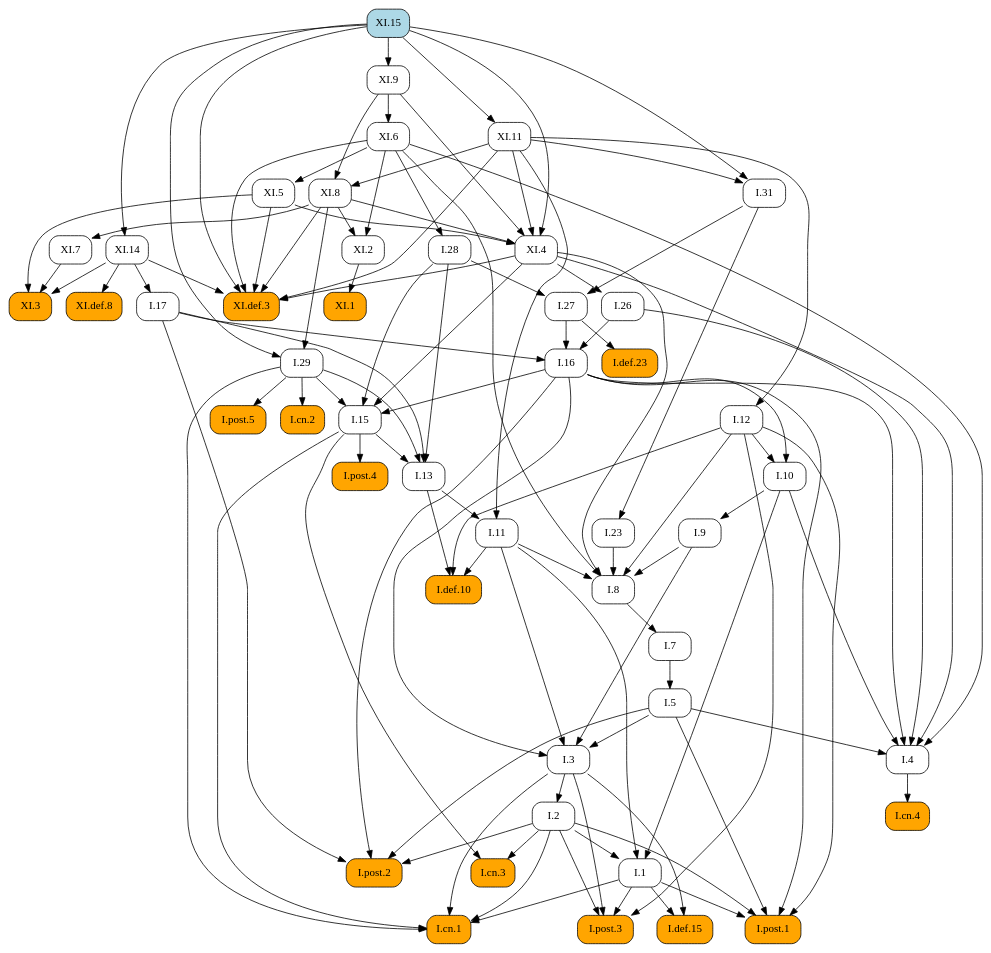
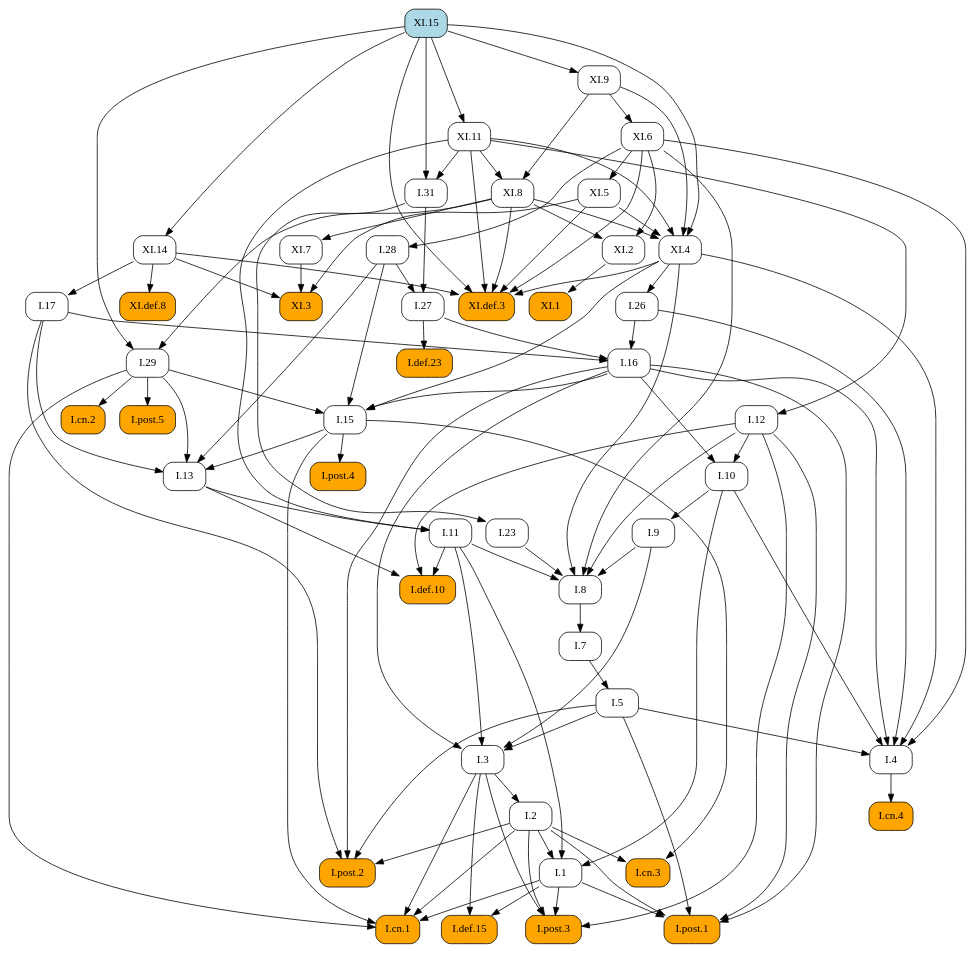
Before and after one commit to geometor/elements: the diagram in docsrc/heath/XI/15/index.rst, drawn with Graphviz. The commit also changed other lines of this file and 484 other files, not shown here.

```diff
--- a/docsrc/heath/XI/15/index.rst
+++ b/docsrc/heath/XI/15/index.rst
@@ -45,53 +45,80 @@
    digraph {
      rankdir="TB";
      node [shape=box, style=rounded];
+     "I.23" [URL="/heath/I/23/", target="_top"];
+     "I.9" [URL="/heath/I/9/", target="_top"];
+     "XI.4" [URL="/heath/XI/4/", target="_top"];
+     "I.def.15" [style="rounded,filled", fillcolor=orange, URL="/heath/I/def.15/", target="_top"];
+     "XI.def.8" [style="rounded,filled", fillcolor=orange, URL="/heath/XI/def.8/", target="_top"];
+     "XI.8" [URL="/heath/XI/8/", target="_top"];
+     "XI.6" [URL="/heath/XI/6/", target="_top"];
+     "I.post.3" [style="rounded,filled", fillcolor=orange, URL="/heath/I/post.3/", target="_top"];
+     "I.post.1" [style="rounded,filled", fillcolor=orange, URL="/heath/I/post.1/", target="_top"];
+     "XI.15" [style="rounded,filled", fillcolor=lightblue, URL="/heath/XI/15/", target="_top"];
+     "XI.3" [style="rounded,filled", fillcolor=orange, URL="/heath/XI/3/", target="_top"];
+     "I.31" [URL="/heath/I/31/", target="_top"];
      "I.def.10" [style="rounded,filled", fillcolor=orange, URL="/heath/I/def.10/", target="_top"];
      "XI.def.3" [style="rounded,filled", fillcolor=orange, URL="/heath/XI/def.3/", target="_top"];
+     "I.27" [URL="/heath/I/27/", target="_top"];
+     "XI.2" [URL="/heath/XI/2/", target="_top"];
+     "XI.7" [URL="/heath/XI/7/", target="_top"];
+     "I.3" [URL="/heath/I/3/", target="_top"];
+     "I.cn.1" [style="rounded,filled", fillcolor=orange, URL="/heath/I/cn.1/", target="_top"];
+     "I.7" [URL="/heath/I/7/", target="_top"];
+     "I.2" [URL="/heath/I/2/", target="_top"];
+     "I.13" [URL="/heath/I/13/", target="_top"];
+     "I.post.4" [style="rounded,filled", fillcolor=orange, URL="/heath/I/post.4/", target="_top"];
+     "I.4" [URL="/heath/I/4/", target="_top"];
+     "I.1" [URL="/heath/I/1/", target="_top"];
+     "I.5" [URL="/heath/I/5/", target="_top"];
+     "XI.14" [URL="/heath/XI/14/", target="_top"];
+     "I.17" [URL="/heath/I/17/", target="_top"];
+     "I.8" [URL="/heath/I/8/", target="_top"];
+     "I.29" [URL="/heath/I/29/", target="_top"];
+     "I.cn.3" [style="rounded,filled", fillcolor=orange, URL="/heath/I/cn.3/", target="_top"];
+     "XI.5" [URL="/heath/XI/5/", target="_top"];
+     "I.16" [URL="/heath/I/16/", target="_top"];
+     "I.15" [URL="/heath/I/15/", target="_top"];
+     "I.10" [URL="/heath/I/10/", target="_top"];
      "I.11" [URL="/heath/I/11/", target="_top"];
-     "I.post.4" [style="rounded,filled", fillcolor=orange, URL="/heath/I/post.4/", target="_top"];
-     "I.1" [URL="/heath/I/1/", target="_top"];
-     "XI.14" [URL="/heath/XI/14/", target="_top"];
+     "I.def.23" [style="rounded,filled", fillcolor=orange, URL="/heath/I/def.23/", target="_top"];
+     "XI.9" [URL="/heath/XI/9/", target="_top"];
+     "I.cn.2" [style="rounded,filled", fillcolor=orange, URL="/heath/I/cn.2/", target="_top"];
+     "I.post.5" [style="rounded,filled", fillcolor=orange, URL="/heath/I/post.5/", target="_top"];
+     "I.12" [URL="/heath/I/12/", target="_top"];
+     "I.28" [URL="/heath/I/28/", target="_top"];
+     "I.cn.4" [style="rounded,filled", fillcolor=orange, URL="/heath/I/cn.4/", target="_top"];
+     "XI.1" [style="rounded,filled", fillcolor=orange, URL="/heath/XI/1/", target="_top"];
+     "I.post.2" [style="rounded,filled", fillcolor=orange, URL="/heath/I/post.2/", target="_top"];
+     "XI.11" [URL="/heath/XI/11/", target="_top"];
      "I.26" [URL="/heath/I/26/", target="_top"];
-     "I.28" [URL="/heath/I/28/", target="_top"];
-     "XI.15" [style="rounded,filled", fillcolor=lightblue, URL="/heath/XI/15/", target="_top"];
-     "XI.7" [URL="/heath/XI/7/", target="_top"];
-     "I.29" [URL="/heath/I/29/", target="_top"];
-     "I.cn.2" [style="rounded,filled", fillcolor=orange, URL="/heath/I/cn.2/", target="_top"];
-     "XI.9" [URL="/heath/XI/9/", target="_top"];
-     "XI.8" [URL="/heath/XI/8/", target="_top"];
-     "I.def.15" [style="rounded,filled", fillcolor=orange, URL="/heath/I/def.15/", target="_top"];
-     "XI.11" [URL="/heath/XI/11/", target="_top"];
-     "I.post.3" [style="rounded,filled", fillcolor=orange, URL="/heath/I/post.3/", target="_top"];
-     "XI.5" [URL="/heath/XI/5/", target="_top"];
-     "XI.1" [style="rounded,filled", fillcolor=orange, URL="/heath/XI/1/", target="_top"];
-     "I.cn.1" [style="rounded,filled", fillcolor=orange, URL="/heath/I/cn.1/", target="_top"];
-     "I.cn.3" [style="rounded,filled", fillcolor=orange, URL="/heath/I/cn.3/", target="_top"];
-     "XI.2" [URL="/heath/XI/2/", target="_top"];
-     "I.23" [URL="/heath/I/23/", target="_top"];
-     "I.post.1" [style="rounded,filled", fillcolor=orange, URL="/heath/I/post.1/", target="_top"];
-     "XI.6" [URL="/heath/XI/6/", target="_top"];
-     "I.27" [URL="/heath/I/27/", target="_top"];
-     "I.7" [URL="/heath/I/7/", target="_top"];
-     "I.3" [URL="/heath/I/3/", target="_top"];
-     "I.2" [URL="/heath/I/2/", target="_top"];
-     "I.4" [URL="/heath/I/4/", target="_top"];
-     "I.def.23" [style="rounded,filled", fillcolor=orange, URL="/heath/I/def.23/", target="_top"];
-     "I.13" [URL="/heath/I/13/", target="_top"];
-     "I.17" [URL="/heath/I/17/", target="_top"];
-     "I.12" [URL="/heath/I/12/", target="_top"];
-     "I.31" [URL="/heath/I/31/", target="_top"];
-     "I.post.2" [style="rounded,filled", fillcolor=orange, URL="/heath/I/post.2/", target="_top"];
-     "I.16" [URL="/heath/I/16/", target="_top"];
-     "I.9" [URL="/heath/I/9/", target="_top"];
-     "I.8" [URL="/heath/I/8/", target="_top"];
-     "I.cn.4" [style="rounded,filled", fillcolor=orange, URL="/heath/I/cn.4/", target="_top"];
-     "I.15" [URL="/heath/I/15/", target="_top"];
-     "XI.4" [URL="/heath/XI/4/", target="_top"];
-     "I.post.5" [style="rounded,filled", fillcolor=orange, URL="/heath/I/post.5/", target="_top"];
-     "XI.def.8" [style="rounded,filled", fillcolor=orange, URL="/heath/XI/def.8/", target="_top"];
-     "I.10" [URL="/heath/I/10/", target="_top"];
-     "I.5" [URL="/heath/I/5/", target="_top"];
-     "XI.3" [style="rounded,filled", fillcolor=orange, URL="/heath/XI/3/", target="_top"];
+     "I.31" -> "I.23";
+     "I.10" -> "I.9";
+     "XI.5" -> "XI.4";
+     "XI.8" -> "XI.4";
+     "XI.9" -> "XI.4";
+     "XI.11" -> "XI.4";
+     "XI.15" -> "XI.4";
+     "I.1" -> "I.def.15";
+     "I.3" -> "I.def.15";
+     "XI.14" -> "XI.def.8";
+     "XI.9" -> "XI.8";
+     "XI.11" -> "XI.8";
+     "XI.9" -> "XI.6";
+     "I.1" -> "I.post.3";
+     "I.2" -> "I.post.3";
+     "I.3" -> "I.post.3";
+     "I.12" -> "I.post.3";
+     "I.1" -> "I.post.1";
+     "I.2" -> "I.post.1";
+     "I.5" -> "I.post.1";
+     "I.12" -> "I.post.1";
+     "I.16" -> "I.post.1";
+     "XI.5" -> "XI.3";
+     "XI.7" -> "XI.3";
+     "XI.14" -> "XI.3";
+     "XI.11" -> "I.31";
+     "XI.15" -> "I.31";
      "I.11" -> "I.def.10";
      "I.12" -> "I.def.10";
      "I.13" -> "I.def.10";
@@ -102,100 +129,73 @@
      "XI.11" -> "XI.def.3";
      "XI.14" -> "XI.def.3";
      "XI.15" -> "XI.def.3";
-     "I.13" -> "I.11";
-     "XI.11" -> "I.11";
-     "I.15" -> "I.post.4";
-     "I.2" -> "I.1";
-     "I.10" -> "I.1";
-     "I.11" -> "I.1";
-     "XI.15" -> "XI.14";
-     "XI.4" -> "I.26";
-     "XI.6" -> "I.28";
+     "I.28" -> "I.27";
+     "I.31" -> "I.27";
+     "XI.6" -> "XI.2";
+     "XI.8" -> "XI.2";
      "XI.8" -> "XI.7";
-     "XI.8" -> "I.29";
-     "XI.15" -> "I.29";
-     "I.29" -> "I.cn.2";
-     "XI.15" -> "XI.9";
-     "XI.9" -> "XI.8";
-     "XI.11" -> "XI.8";
-     "I.1" -> "I.def.15";
-     "I.3" -> "I.def.15";
-     "XI.15" -> "XI.11";
-     "I.1" -> "I.post.3";
-     "I.2" -> "I.post.3";
-     "I.3" -> "I.post.3";
-     "I.12" -> "I.post.3";
-     "XI.6" -> "XI.5";
-     "XI.2" -> "XI.1";
+     "I.5" -> "I.3";
+     "I.9" -> "I.3";
+     "I.11" -> "I.3";
+     "I.16" -> "I.3";
      "I.1" -> "I.cn.1";
      "I.2" -> "I.cn.1";
      "I.3" -> "I.cn.1";
      "I.15" -> "I.cn.1";
      "I.29" -> "I.cn.1";
-     "I.2" -> "I.cn.3";
-     "I.15" -> "I.cn.3";
-     "XI.6" -> "XI.2";
-     "XI.8" -> "XI.2";
-     "I.31" -> "I.23";
-     "I.1" -> "I.post.1";
-     "I.2" -> "I.post.1";
-     "I.5" -> "I.post.1";
-     "I.12" -> "I.post.1";
-     "I.16" -> "I.post.1";
-     "XI.9" -> "XI.6";
-     "I.28" -> "I.27";
-     "I.31" -> "I.27";
      "I.8" -> "I.7";
-     "I.5" -> "I.3";
-     "I.9" -> "I.3";
-     "I.11" -> "I.3";
-     "I.16" -> "I.3";
      "I.3" -> "I.2";
+     "I.15" -> "I.13";
+     "I.17" -> "I.13";
+     "I.28" -> "I.13";
+     "I.29" -> "I.13";
+     "I.15" -> "I.post.4";
      "I.5" -> "I.4";
      "I.10" -> "I.4";
      "I.16" -> "I.4";
      "I.26" -> "I.4";
      "XI.4" -> "I.4";
      "XI.6" -> "I.4";
-     "I.27" -> "I.def.23";
-     "I.15" -> "I.13";
-     "I.17" -> "I.13";
-     "I.28" -> "I.13";
-     "I.29" -> "I.13";
+     "I.2" -> "I.1";
+     "I.10" -> "I.1";
+     "I.11" -> "I.1";
+     "I.7" -> "I.5";
+     "XI.15" -> "XI.14";
      "XI.14" -> "I.17";
-     "XI.11" -> "I.12";
-     "XI.11" -> "I.31";
-     "XI.15" -> "I.31";
-     "I.2" -> "I.post.2";
-     "I.5" -> "I.post.2";
-     "I.16" -> "I.post.2";
-     "I.17" -> "I.post.2";
-     "I.17" -> "I.16";
-     "I.26" -> "I.16";
-     "I.27" -> "I.16";
-     "I.10" -> "I.9";
      "I.9" -> "I.8";
      "I.11" -> "I.8";
      "I.12" -> "I.8";
      "I.23" -> "I.8";
      "XI.4" -> "I.8";
      "XI.6" -> "I.8";
-     "I.4" -> "I.cn.4";
+     "XI.8" -> "I.29";
+     "XI.15" -> "I.29";
+     "I.2" -> "I.cn.3";
+     "I.15" -> "I.cn.3";
+     "XI.6" -> "XI.5";
+     "I.17" -> "I.16";
+     "I.26" -> "I.16";
+     "I.27" -> "I.16";
      "I.16" -> "I.15";
      "I.28" -> "I.15";
      "I.29" -> "I.15";
      "XI.4" -> "I.15";
-     "XI.5" -> "XI.4";
-     "XI.8" -> "XI.4";
-     "XI.9" -> "XI.4";
-     "XI.11" -> "XI.4";
-     "XI.15" -> "XI.4";
-     "I.29" -> "I.post.5";
-     "XI.14" -> "XI.def.8";
      "I.12" -> "I.10";
      "I.16" -> "I.10";
-     "I.7" -> "I.5";
-     "XI.5" -> "XI.3";
-     "XI.7" -> "XI.3";
-     "XI.14" -> "XI.3";
+     "I.13" -> "I.11";
+     "XI.11" -> "I.11";
+     "I.27" -> "I.def.23";
+     "XI.15" -> "XI.9";
+     "I.29" -> "I.cn.2";
+     "I.29" -> "I.post.5";
+     "XI.11" -> "I.12";
+     "XI.6" -> "I.28";
+     "I.4" -> "I.cn.4";
+     "XI.2" -> "XI.1";
+     "I.2" -> "I.post.2";
+     "I.5" -> "I.post.2";
+     "I.16" -> "I.post.2";
+     "I.17" -> "I.post.2";
+     "XI.15" -> "XI.11";
+     "XI.4" -> "I.26";
    }
```
